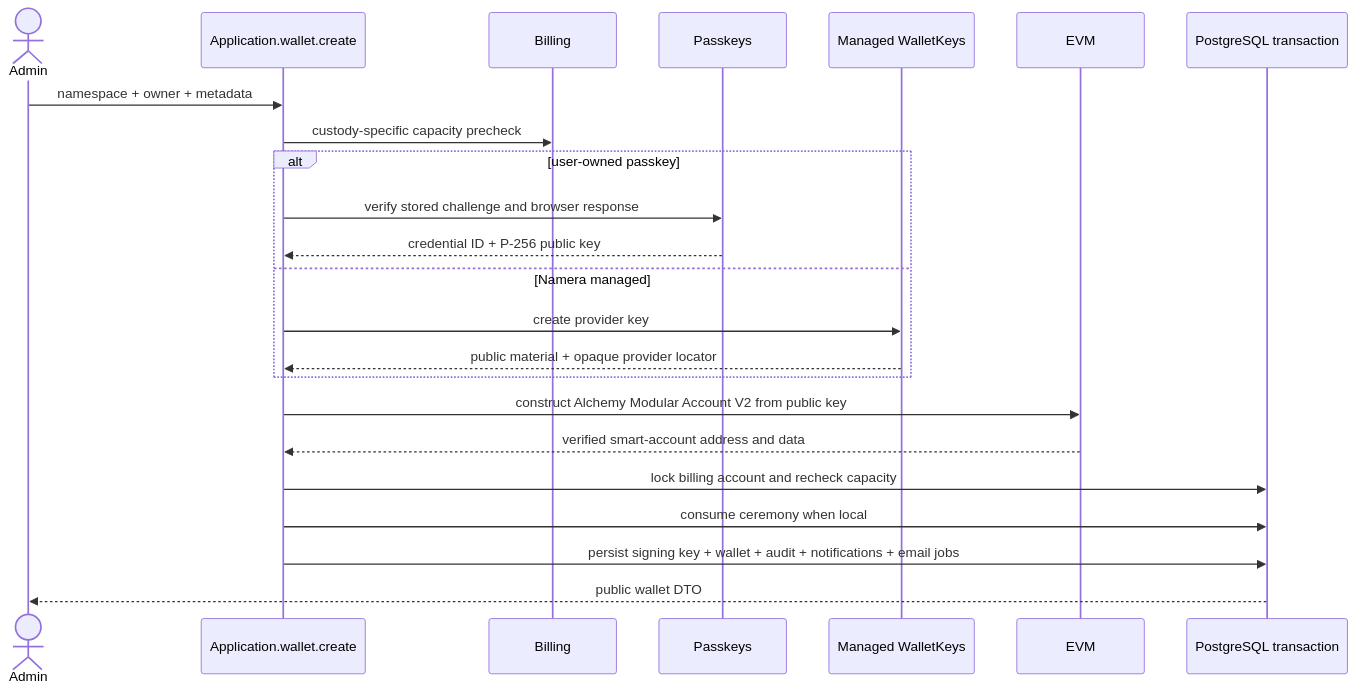
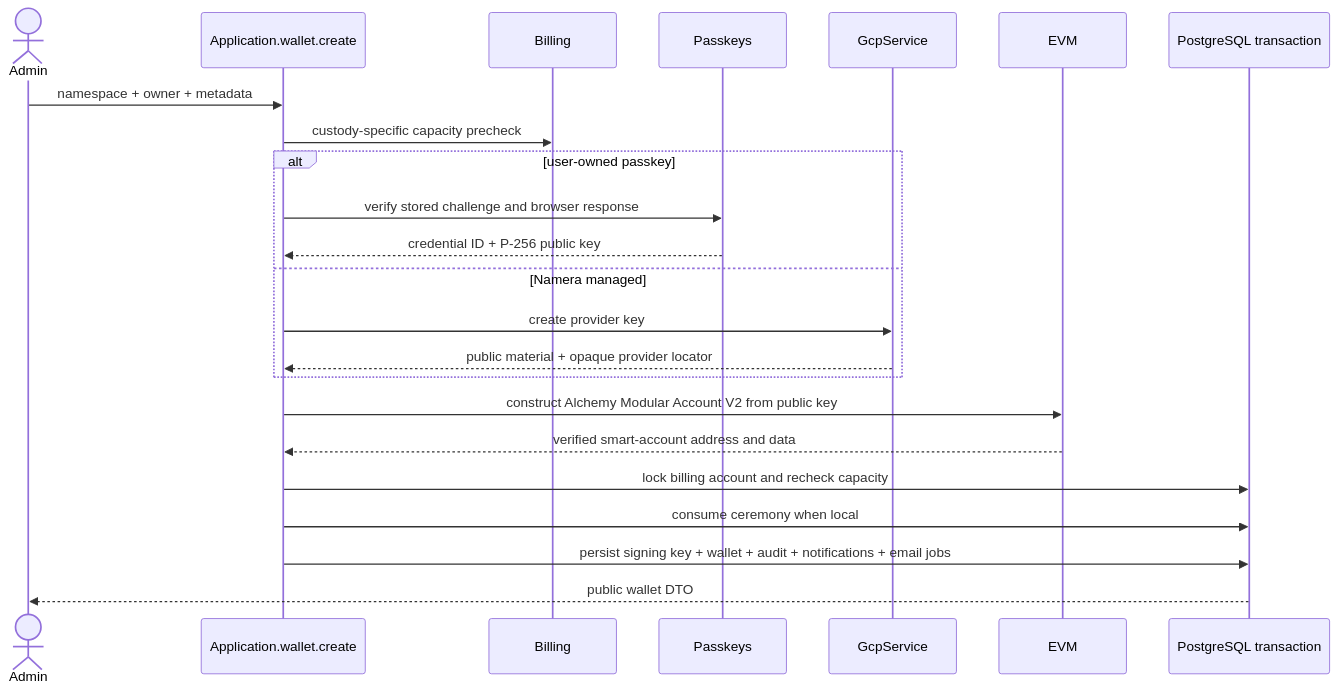
The diagram in architecture/wallets/accounts.md (thenamespace/namera), drawn with Mermaid before and after one commit. The commit also changed other lines of this file and 61 other files, not shown here.

````diff
--- a/architecture/wallets/accounts.md
+++ b/architecture/wallets/accounts.md
@@ -19,26 +19,26 @@
 ```mermaid
 sequenceDiagram
   actor Admin
   participant App as Application.wallet.create
   participant Billing
   participant Passkeys
-  participant Keys as Managed WalletKeys
+  participant Keys as GcpService
   participant EVM
   participant Tx as PostgreSQL transaction
 
   Admin->>App: namespace + owner + metadata
   App->>Billing: custody-specific capacity precheck
   alt user-owned passkey
     App->>Passkeys: verify stored challenge and browser response
     Passkeys-->>App: credential ID + P-256 public key
   else Namera managed
     App->>Keys: create provider key
     Keys-->>App: public material + opaque provider locator
   end
   App->>EVM: construct Alchemy Modular Account V2 from public key
   EVM-->>App: verified smart-account address and data
   App->>Tx: lock billing account and recheck capacity
   App->>Tx: consume ceremony when local
   App->>Tx: persist signing key + wallet + audit + notifications + email jobs
   Tx-->>Admin: public wallet DTO
 ```
````
